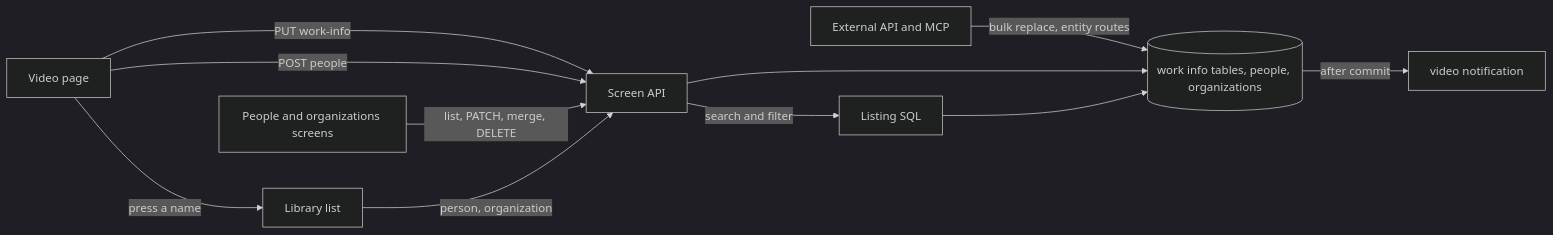
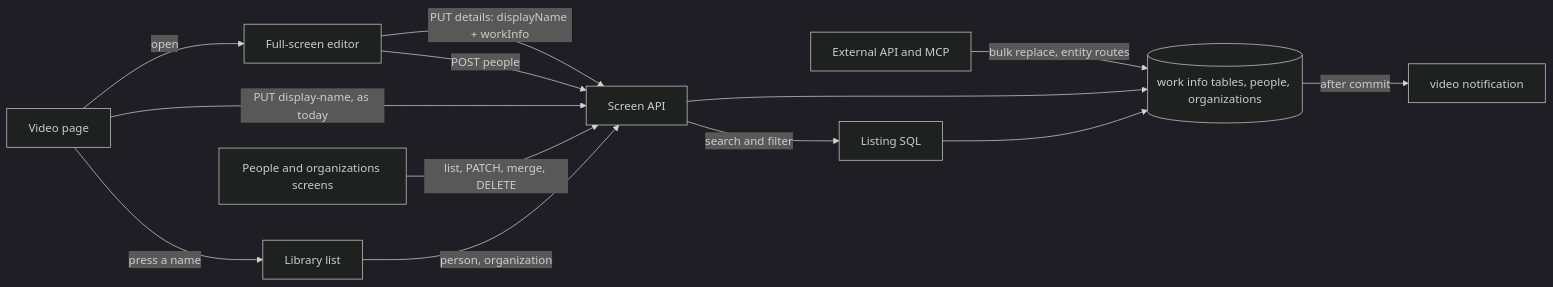
One commit to syudead/vv changed the first of 2 diagrams in specs/047-video-work-info/plan.md. Above: the diagram before and after it, drawn with Mermaid (dark theme). The commit also changed other lines of this file and 3 other files, not shown here.

First line of the commit message:
Revise the work information plan so one editor saves the display name and the information atomically

````diff
--- a/specs/047-video-work-info/plan.md
+++ b/specs/047-video-work-info/plan.md
@@ -26,13 +28,15 @@
 ```mermaid
 flowchart LR
-  page[Video page] -->|PUT work-info| api[Screen API]
-  page -->|POST people| api
+  page[Video page] -->|open| editor[Full-screen editor]
+  editor -->|PUT details: displayName + workInfo| api[Screen API]
+  editor -->|POST people| api
+  page -->|PUT display-name, as today| api
   page -->|press a name| lib[Library list]
   admin[People and organizations screens] -->|list, PATCH, merge, DELETE| api
   lib -->|person, organization| api
   ext[External API and MCP] -->|bulk replace, entity routes| store
   api --> store[(work info tables, people, organizations)]
   api -->|search and filter| listing[Listing SQL]
   listing --> store
   store -->|after commit| events[video notification]
 ```
````
